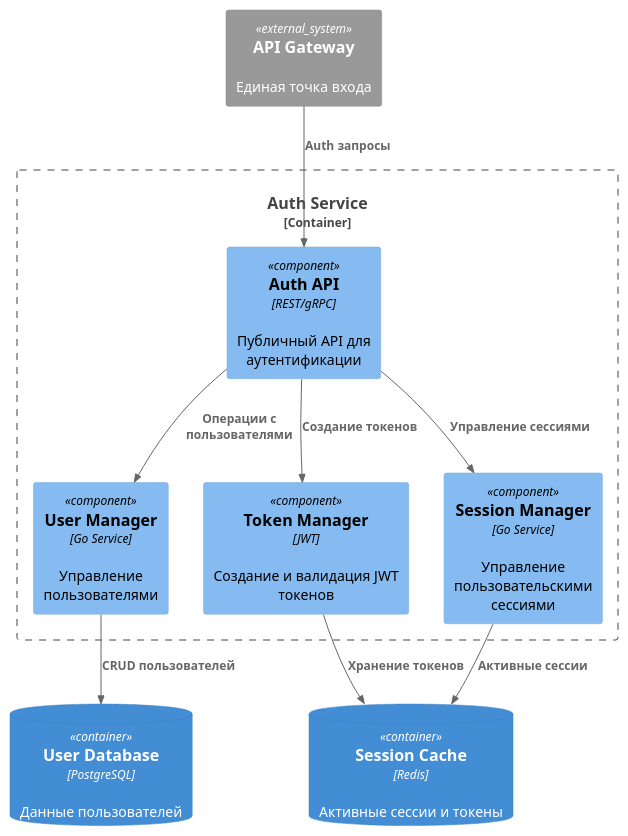
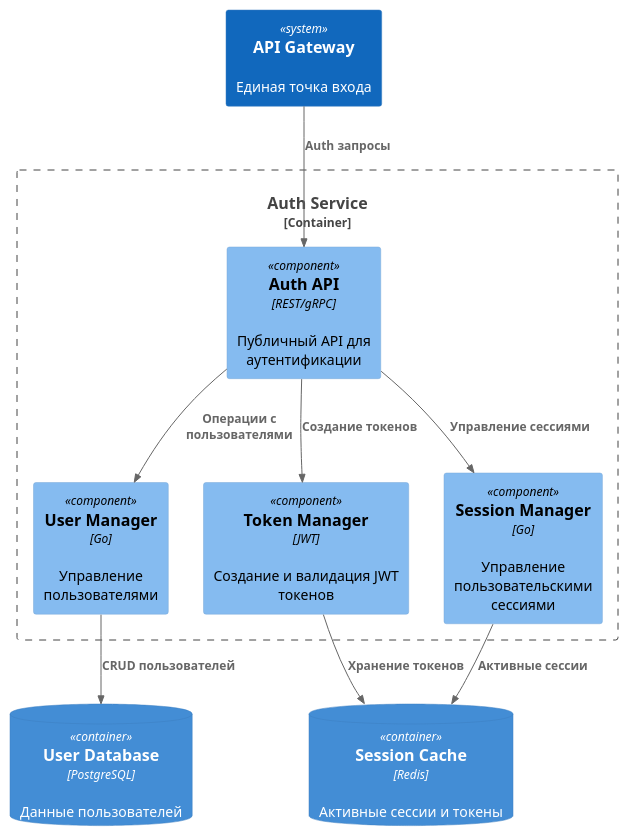
One commit to melnik88/architecture-pro-warmhouse changed the diagram in schemas/auth_service.puml. Above: the diagram before and after it, drawn with PlantUML. The commit also changed 10 other files, not shown here.

```diff
--- a/schemas/auth_service.puml
+++ b/schemas/auth_service.puml
@@ -1,28 +1,28 @@
 @startuml
 !includeurl https://raw.githubusercontent.com/plantuml-stdlib/C4-PlantUML/master/C4_Component.puml
 
-System_Ext(APIGateway, "API Gateway", "Единая точка входа")
+System(APIGateway, "API Gateway", "Единая точка входа")
 
 ContainerDb(UserDB, "User Database", "PostgreSQL", "Данные пользователей")
 ContainerDb(SessionCache, "Session Cache", "Redis", "Активные сессии и токены")
 
 Container_Boundary(AuthService, "Auth Service") {
     Component(AuthAPI, "Auth API", "REST/gRPC", "Публичный API для аутентификации")
 
-    Component(UserManager, "User Manager", "Go Service", "Управление пользователями")
+    Component(UserManager, "User Manager", "Go", "Управление пользователями")
 
     Component(TokenManager, "Token Manager", "JWT", "Создание и валидация JWT токенов")
-    Component(SessionManager, "Session Manager", "Go Service", "Управление пользовательскими сессиями")
+    Component(SessionManager, "Session Manager", "Go", "Управление пользовательскими сессиями")
 }
 
 Rel_Down(APIGateway, AuthAPI, "Auth запросы")
 
 Rel_Down(AuthAPI, UserManager, "Операции с пользователями")
 Rel_Down(AuthAPI, TokenManager, "Создание токенов")
 Rel_Down(AuthAPI, SessionManager, "Управление сессиями")
 
 Rel_Down(UserManager, UserDB, "CRUD пользователей")
 Rel_Down(TokenManager, SessionCache, "Хранение токенов")
 Rel_Down(SessionManager, SessionCache, "Активные сессии")
 
 @enduml
```
